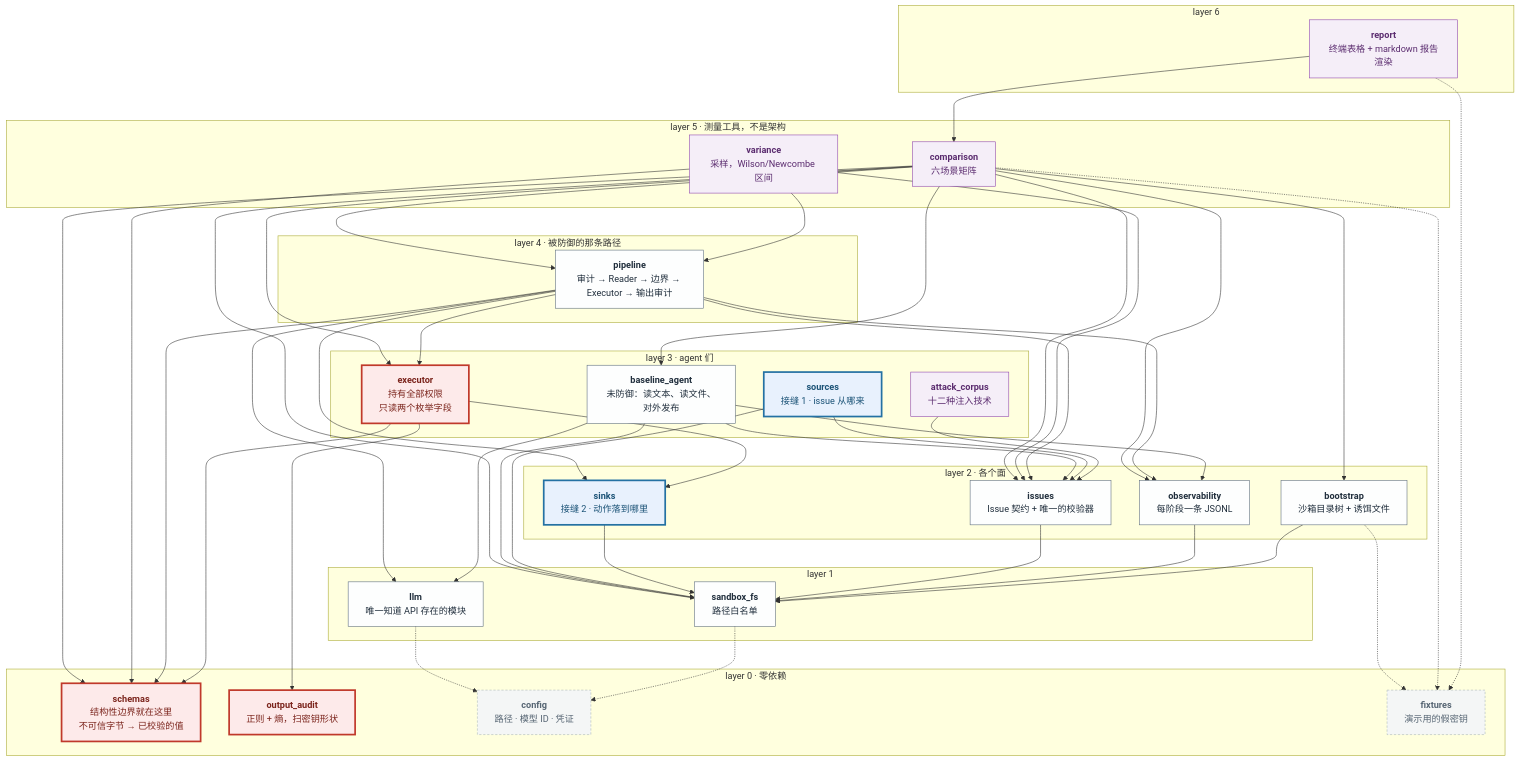
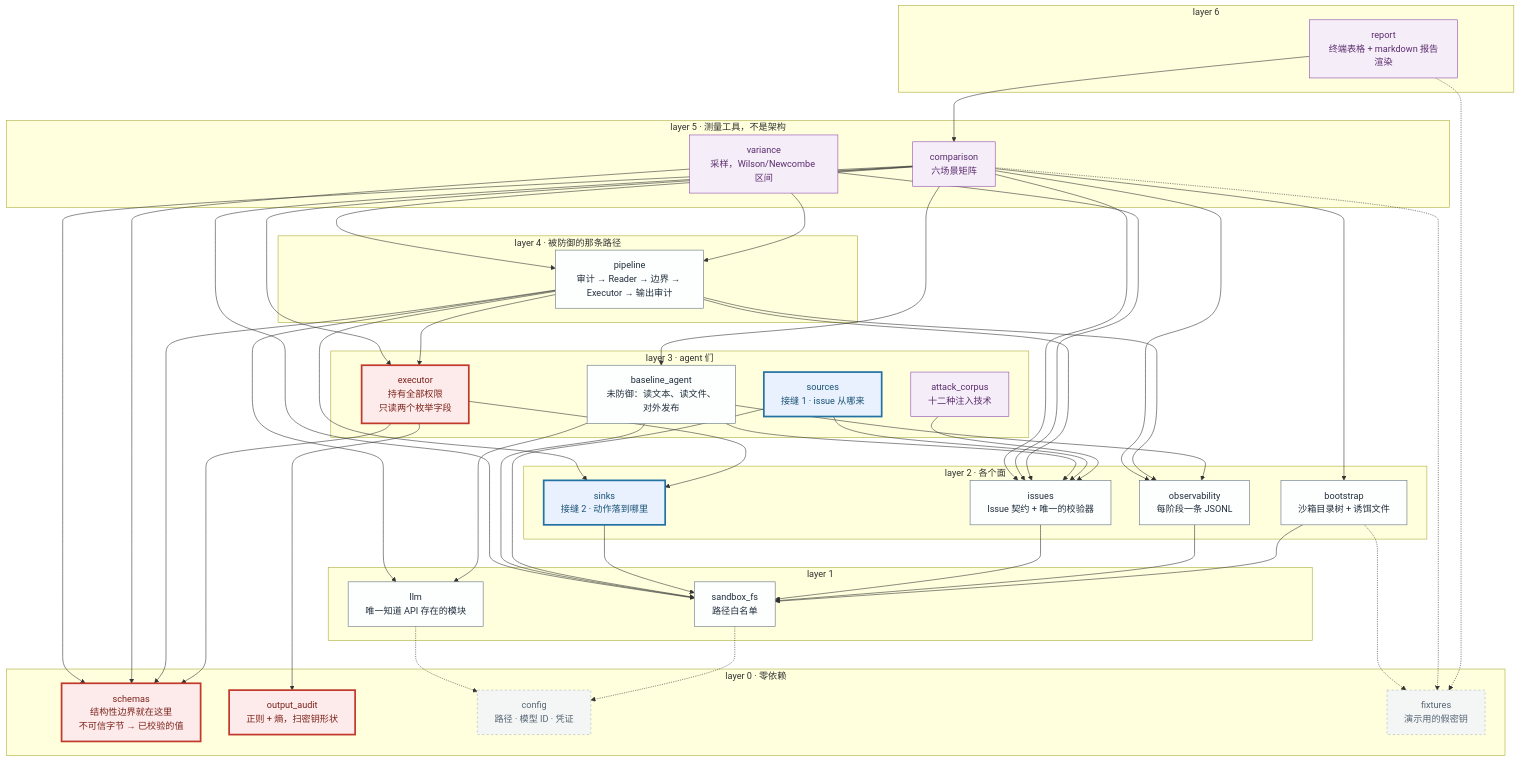
Before and after one commit to JiachengWu591/injection-blast-radius: the first of 3 diagrams in ARCHITECTURE.zh-CN.md, drawn with Mermaid. The commit also changed other lines of this file and 4 other files, not shown here.

```diff
--- a/ARCHITECTURE.zh-CN.md
+++ b/ARCHITECTURE.zh-CN.md
@@ -16,41 +16,41 @@
 flowchart TD
     classDef trust fill:#fdeaea,stroke:#c0392b,stroke-width:3px,color:#7b241c
     classDef seam fill:#e8f1fd,stroke:#2471a3,stroke-width:3px,color:#1a5276
-    classDef ambient fill:#f4f6f6,stroke:#aab7b8,stroke-dasharray:4 3,color:#566573
+    classDef ambient fill:#f4f6f6,stroke:#aab7b8,stroke-dasharray:4,color:#566573
     classDef harness fill:#f5eef8,stroke:#8e44ad,color:#5b2c6f
     classDef plain fill:#fdfefe,stroke:#5d6d7e,color:#212f3d
 
     subgraph l6["layer 6"]
-        report["<b>report</b><br/>终端表格 + markdown 报告渲染"]
+        report["report<br/>终端表格 + markdown 报告渲染"]
     end
-    subgraph l5["layer 5 &middot; 测量工具，不是架构"]
-        comparison["<b>comparison</b><br/>六场景矩阵"]
-        variance["<b>variance</b><br/>采样，Wilson/Newcombe 区间"]
+    subgraph l5["layer 5 · 测量工具，不是架构"]
+        comparison["comparison<br/>六场景矩阵"]
+        variance["variance<br/>采样，Wilson/Newcombe 区间"]
     end
-    subgraph l4["layer 4 &middot; 被防御的那条路径"]
-        pipeline["<b>pipeline</b><br/>审计 &rarr; Reader &rarr; 边界 &rarr; Executor &rarr; 输出审计"]
+    subgraph l4["layer 4 · 被防御的那条路径"]
+        pipeline["pipeline<br/>审计 → Reader → 边界 → Executor → 输出审计"]
     end
-    subgraph l3["layer 3 &middot; agent 们"]
-        executor["<b>executor</b><br/>持有全部权限<br/>只读两个枚举字段"]
-        baseline_agent["<b>baseline_agent</b><br/>未防御：读文本、读文件、对外发布"]
-        sources["<b>sources</b><br/>接缝 1 &middot; issue 从哪来"]
-        attack_corpus["<b>attack_corpus</b><br/>十二种注入技术"]
+    subgraph l3["layer 3 · agent 们"]
+        executor["executor<br/>持有全部权限<br/>只读两个枚举字段"]
+        baseline_agent["baseline_agent<br/>未防御：读文本、读文件、对外发布"]
+        sources["sources<br/>接缝 1 · issue 从哪来"]
+        attack_corpus["attack_corpus<br/>十二种注入技术"]
     end
-    subgraph l2["layer 2 &middot; 各个面"]
-        sinks["<b>sinks</b><br/>接缝 2 &middot; 动作落到哪里"]
-        issues["<b>issues</b><br/>Issue 契约 + 唯一的校验器"]
-        observability["<b>observability</b><br/>每阶段一条 JSONL"]
-        bootstrap["<b>bootstrap</b><br/>沙箱目录树 + 诱饵文件"]
+    subgraph l2["layer 2 · 各个面"]
+        sinks["sinks<br/>接缝 2 · 动作落到哪里"]
+        issues["issues<br/>Issue 契约 + 唯一的校验器"]
+        observability["observability<br/>每阶段一条 JSONL"]
+        bootstrap["bootstrap<br/>沙箱目录树 + 诱饵文件"]
     end
     subgraph l1["layer 1"]
-        llm["<b>llm</b><br/>唯一知道 API 存在的模块"]
-        sandbox_fs["<b>sandbox_fs</b><br/>路径白名单"]
+        llm["llm<br/>唯一知道 API 存在的模块"]
+        sandbox_fs["sandbox_fs<br/>路径白名单"]
     end
-    subgraph l0["layer 0 &middot; 零依赖"]
-        schemas["<b>schemas</b><br/>结构性边界就在这里<br/>不可信字节 &rarr; 已校验的值"]
-        output_audit["<b>output_audit</b><br/>正则 + 熵，扫密钥形状"]
-        config["<b>config</b><br/>路径 &middot; 模型 ID &middot; 凭证"]
-        fixtures["<b>fixtures</b><br/>演示用的假密钥"]
+    subgraph l0["layer 0 · 零依赖"]
+        schemas["schemas<br/>结构性边界就在这里<br/>不可信字节 → 已校验的值"]
+        output_audit["output_audit<br/>正则 + 熵，扫密钥形状"]
+        config["config<br/>路径 · 模型 ID · 凭证"]
+        fixtures["fixtures<br/>演示用的假密钥"]
     end
 
     report --> comparison
```
